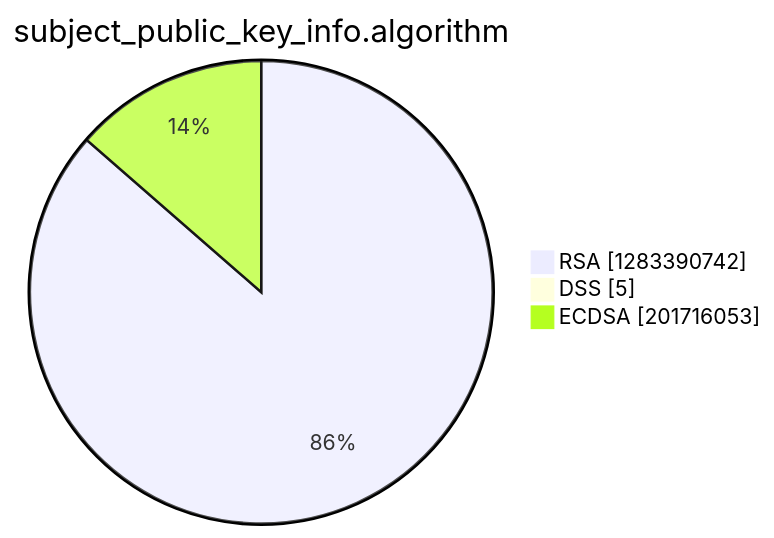
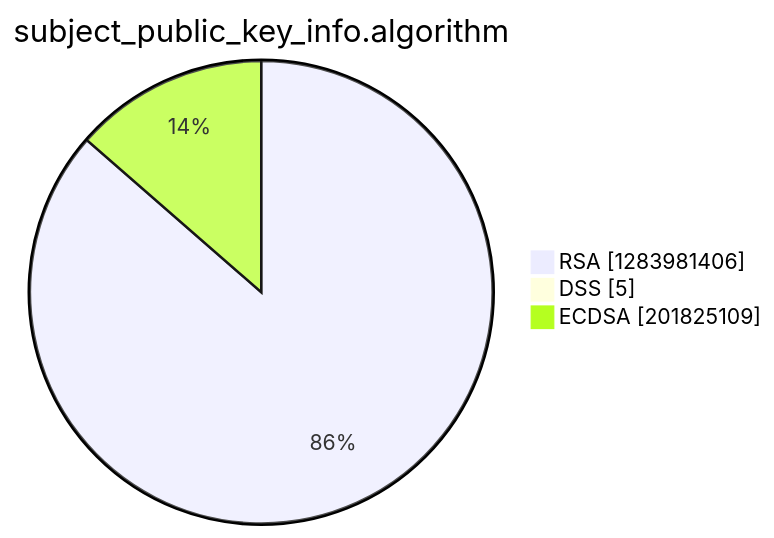
One commit to christiankrug/ctmonitor_visualization changed the third of 15 diagrams in argon2022/README.md. Above: the diagram before and after it, drawn with Mermaid. The commit also changed other lines of this file, not shown here.

````diff
--- a/argon2022/README.md
+++ b/argon2022/README.md
@@ -14,7 +14,7 @@
 ```mermaid
 pie showData
 title subject_public_key_info.algorithm
-"RSA" :1283390742
+"RSA" :1283981406
 "DSS" :5
-"ECDSA" :201716053
+"ECDSA" :201825109
 ```
````
